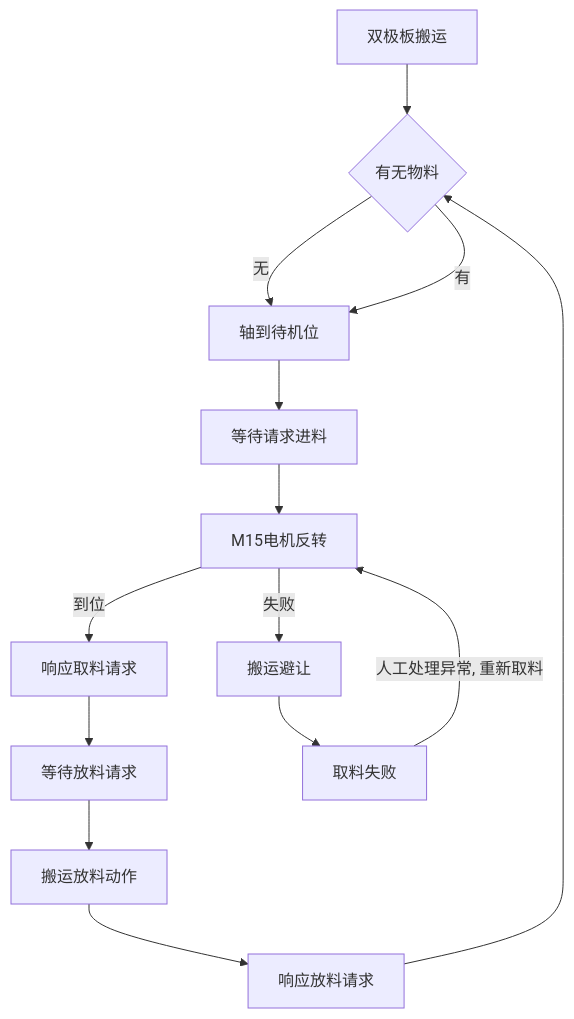
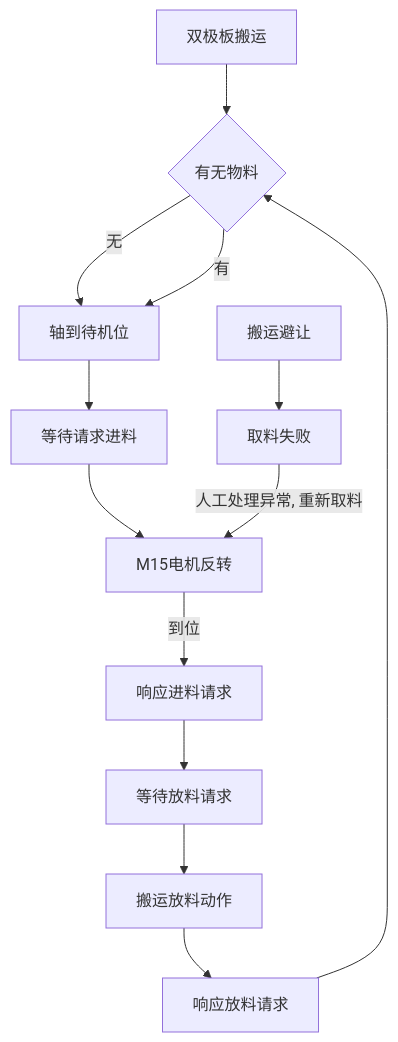
Before and after one commit to PengKun1/iodraw-files: the diagram in all/未命名-1.md, drawn with Mermaid.

Commit message:
2024-08-20 11:00:49 update

````diff
--- a/all/未命名-1.md
+++ b/all/未命名-1.md
@@ -1,18 +1,17 @@
 ```mermaid
 graph TD
 0[双极板搬运]-->10
 10{有无物料}-->|无|20
 10-->|有|20
 20[轴到待机位]-->30
 30[等待请求进料]-->40
 40[M15电机反转]-->|到位|50
-40-->|失败|90
-50[响应取料请求]-->60
+50[响应进料请求]-->60
 60[等待放料请求]-->70
 70[搬运放料动作]-->80
 80[响应放料请求]-->10
 
 90[搬运避让]-->900
 
 900[取料失败]-->|人工处理异常, 重新取料|40
 ```
````
